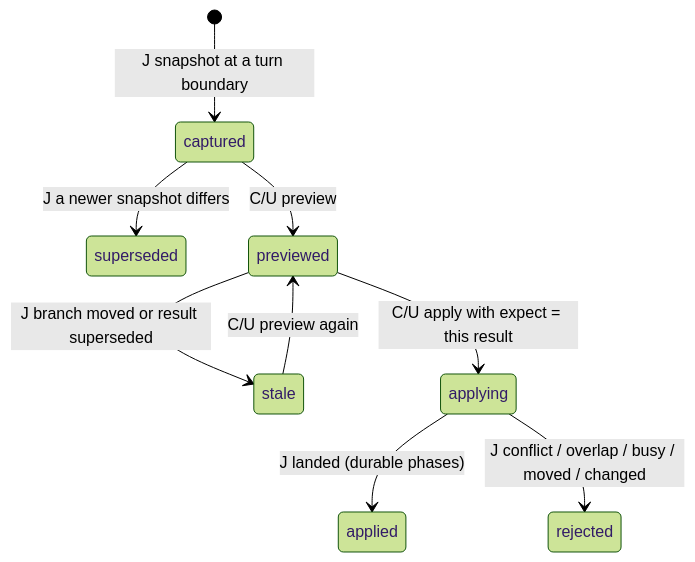
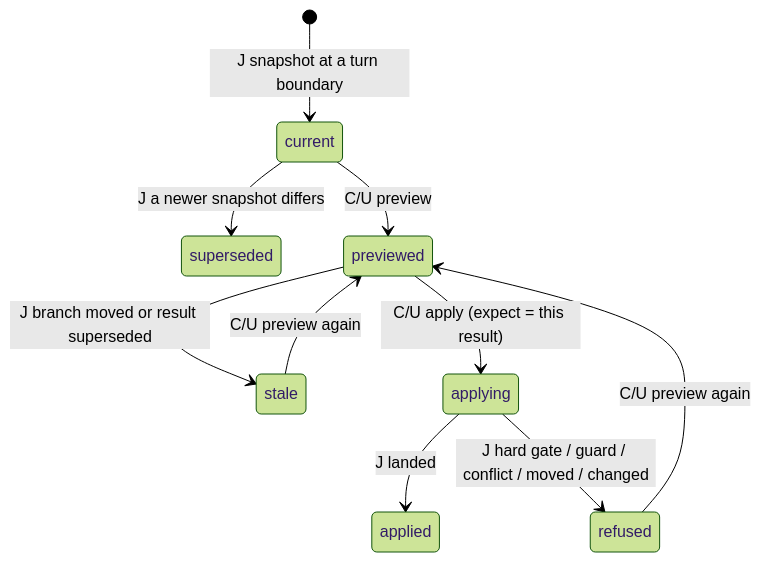
Before and after one commit to adirz101/Journal: the fourth of 7 diagrams in docs/AGENT-ORCHESTRATION.md, drawn with Mermaid (forest theme). The commit also changed other lines of this file, not shown here.

````diff
--- a/docs/AGENT-ORCHESTRATION.md
+++ b/docs/AGENT-ORCHESTRATION.md
@@ -269,11 +394,12 @@
 ```mermaid
 stateDiagram-v2
-  [*] --> captured: J snapshot at a turn boundary
-  captured --> superseded: J a newer snapshot differs
-  captured --> previewed: C/U preview
+  [*] --> current: J snapshot at a turn boundary
+  current --> superseded: J a newer snapshot differs
+  current --> previewed: C/U preview
   previewed --> stale: J branch moved or result superseded
-  previewed --> applying: C/U apply with expect = this result
-  applying --> applied: J landed (durable phases)
-  applying --> rejected: J conflict / overlap / busy / moved / changed
   stale --> previewed: C/U preview again
+  previewed --> applying: C/U apply (expect = this result)
+  applying --> applied: J landed
+  applying --> refused: J hard gate / guard / conflict / moved / changed
+  refused --> previewed: C/U preview again
 ```
````
